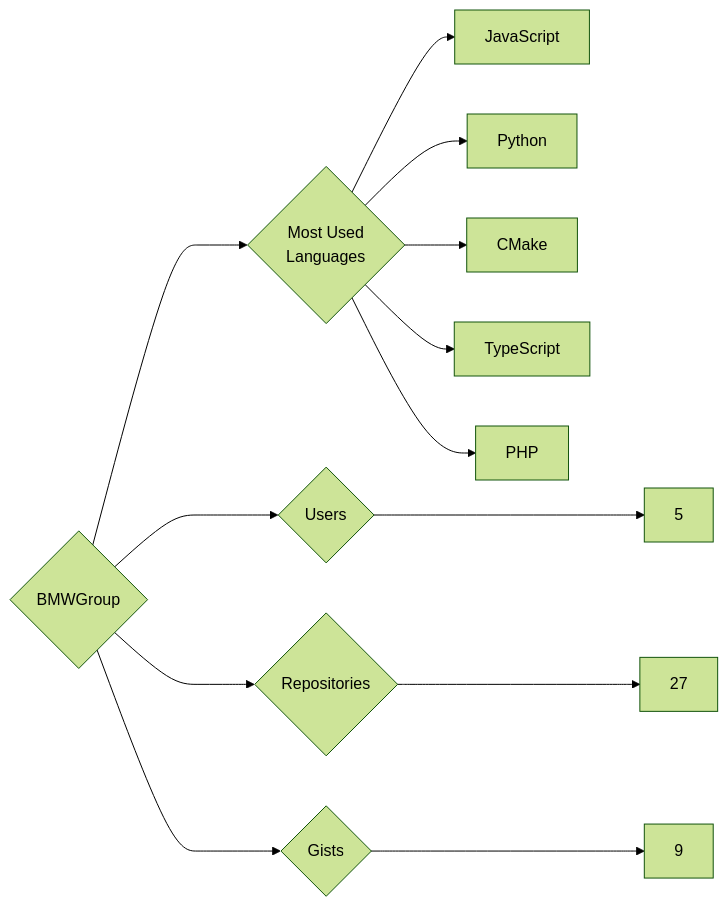
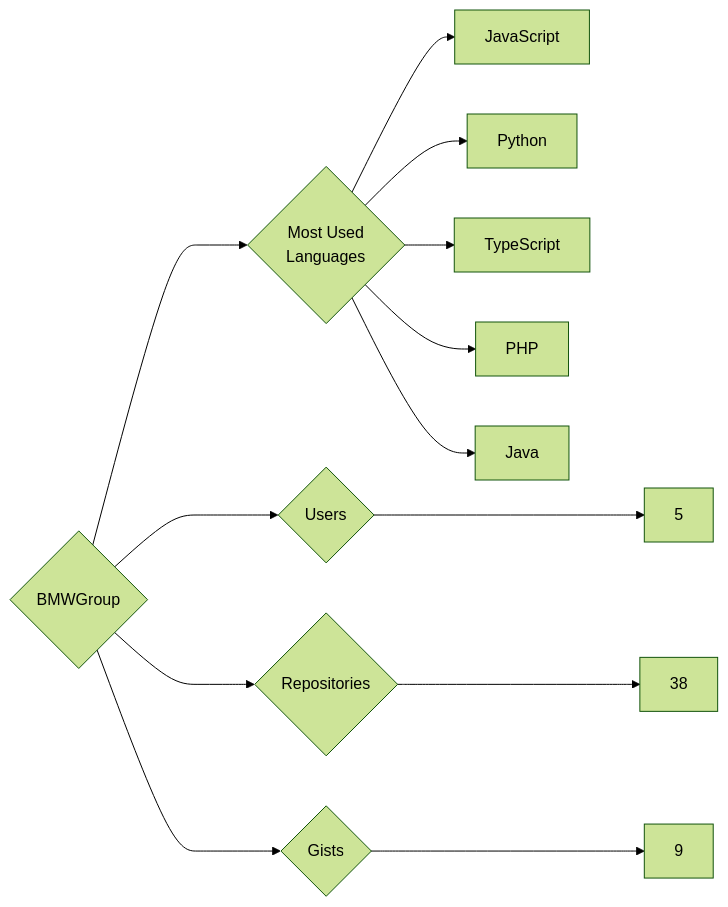
Before and after one commit to trickest/insiders: the diagram in targets/BMWGroup/README.md, drawn with Mermaid (forest theme). The commit also changed 1141 other files, not shown here.

````diff
--- a/targets/BMWGroup/README.md
+++ b/targets/BMWGroup/README.md
@@ -3,13 +3,13 @@
 ```mermaid
 graph LR
 COMPANY_NAME{BMWGroup}
 COMPANY_NAME ---> U{Users} ---> UN[5]
-COMPANY_NAME ---> R{Repositories} ---> RN[27]
+COMPANY_NAME ---> R{Repositories} ---> RN[38]
 COMPANY_NAME ---> G{Gists} ---> GN[9]
 COMPANY_NAME ---> ML{Most Used<br>Languages}
 ML --> JavaScript[JavaScript]
 ML --> Python[Python]
-ML --> CMake[CMake]
 ML --> TypeScript[TypeScript]
 ML --> PHP[PHP]
+ML --> Java[Java]
 ```
````
